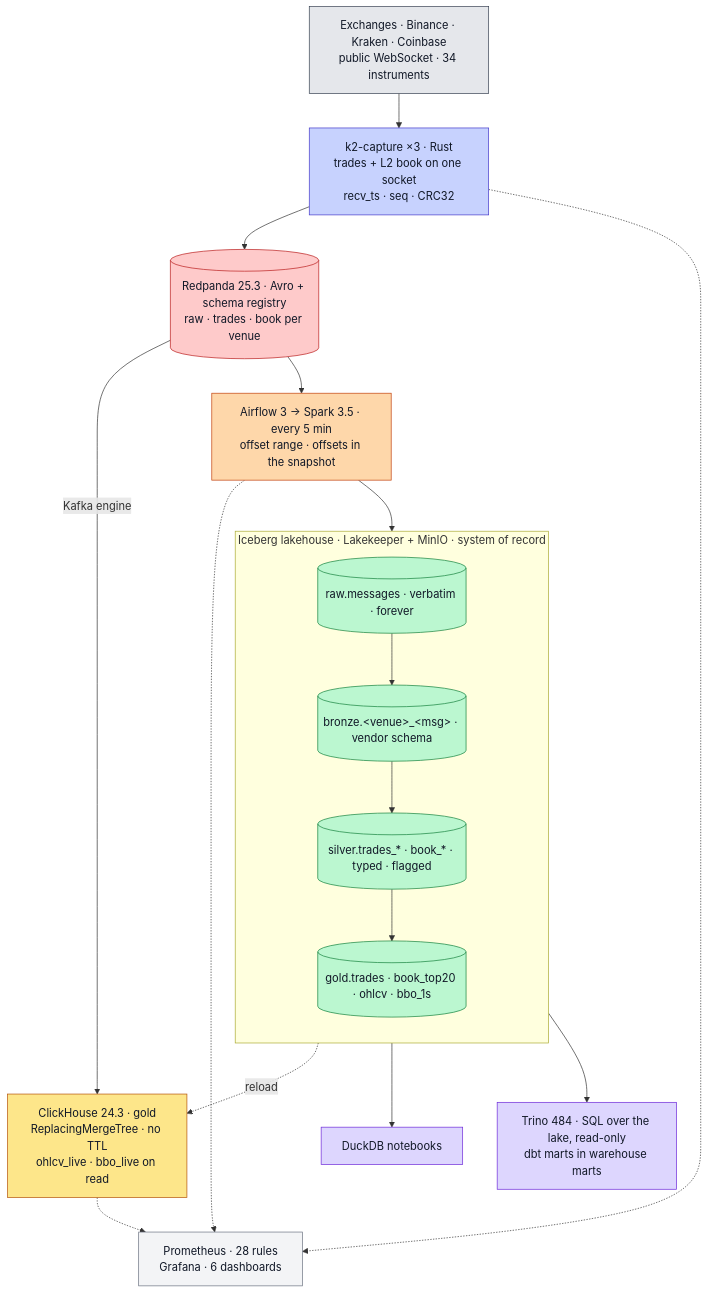
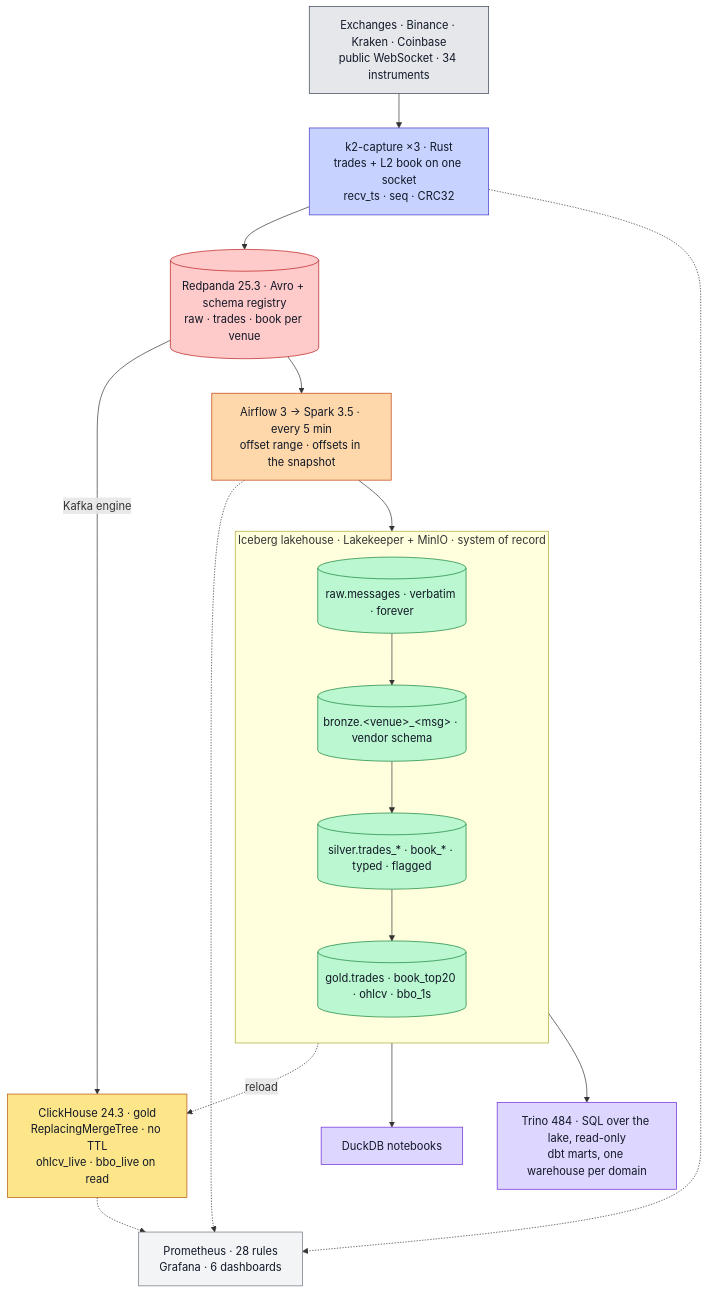
Before and after one commit to rjdscott/k2-market-data-platform: the diagram in README.md, drawn with Mermaid. The commit also changed other lines of this file and 18 other files, not shown here.

First line of the commit message:
docs: per-domain mart warehouses, and ADR-044 and ADR-045 cited where they decide

````diff
--- a/README.md
+++ b/README.md
@@ -56,36 +56,36 @@
 ```mermaid
 flowchart TB
   E["Exchanges · Binance · Kraken · Coinbase<br/>public WebSocket · 34 instruments"]:::ex
   F["k2-capture ×3 · Rust<br/>trades + L2 book on one socket<br/>recv_ts · seq · CRC32"]:::rs
   R[("Redpanda 25.3 · Avro + schema registry<br/>raw · trades · book per venue")]:::rp
   C["ClickHouse 24.3 · gold<br/>ReplacingMergeTree · no TTL<br/>ohlcv_live · bbo_live on read"]:::ch
   S["Airflow 3 → Spark 3.5 · every 5 min<br/>offset range · offsets in the snapshot"]:::sp
   subgraph L["Iceberg lakehouse · Lakekeeper + MinIO · system of record"]
     direction TB
     RAW[("raw.messages · verbatim · forever")]:::lk
     BR[("bronze.&lt;venue&gt;_&lt;msg&gt; · vendor schema")]:::lk
     SV[("silver.trades_* · book_* · typed · flagged")]:::lk
     GD[("gold.trades · book_top20 · ohlcv · bbo_1s")]:::lk
     RAW --> BR --> SV --> GD
   end
   N["DuckDB notebooks"]:::nb
-  T["Trino 484 · SQL over the lake, read-only<br/>dbt marts in warehouse marts"]:::nb
+  T["Trino 484 · SQL over the lake, read-only<br/>dbt marts, one warehouse per domain"]:::nb
   O["Prometheus · 28 rules<br/>Grafana · 6 dashboards"]:::ob
 
   E --> F --> R
   R -->|Kafka engine| C
   R --> S --> RAW
   GD -.->|reload| C
   GD --> N
   L --> T
   F & S & C -.-> O
 
   classDef ex fill:#e5e7eb,stroke:#374151,color:#111827
   classDef rs fill:#c7d2fe,stroke:#4338ca,color:#111827
   classDef rp fill:#fecaca,stroke:#b91c1c,color:#111827
   classDef lk fill:#bbf7d0,stroke:#15803d,color:#111827
   classDef sp fill:#fed7aa,stroke:#c2410c,color:#111827
   classDef ch fill:#fde68a,stroke:#b45309,color:#111827
   classDef nb fill:#ddd6fe,stroke:#6d28d9,color:#111827
   classDef ob fill:#f3f4f6,stroke:#6b7280,color:#111827
 ```
````
